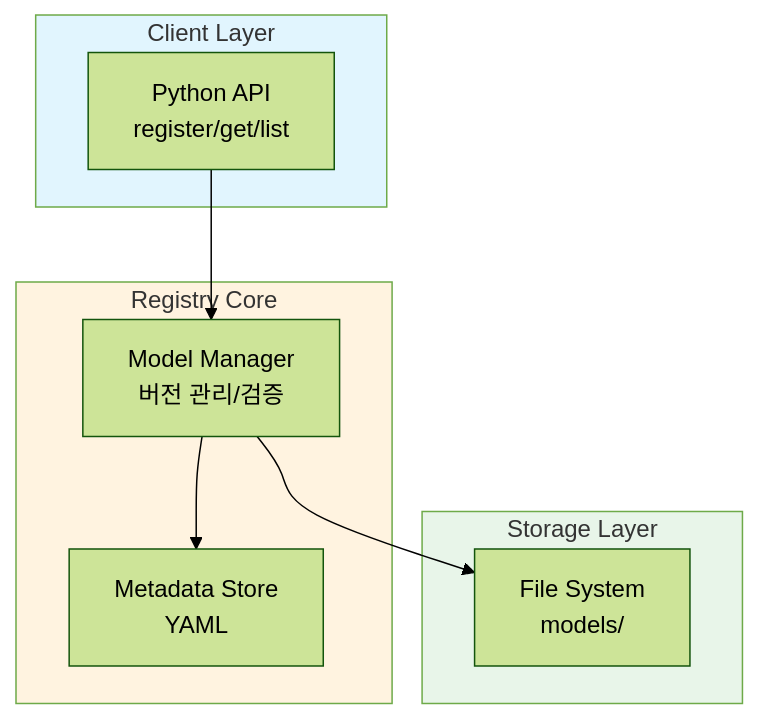
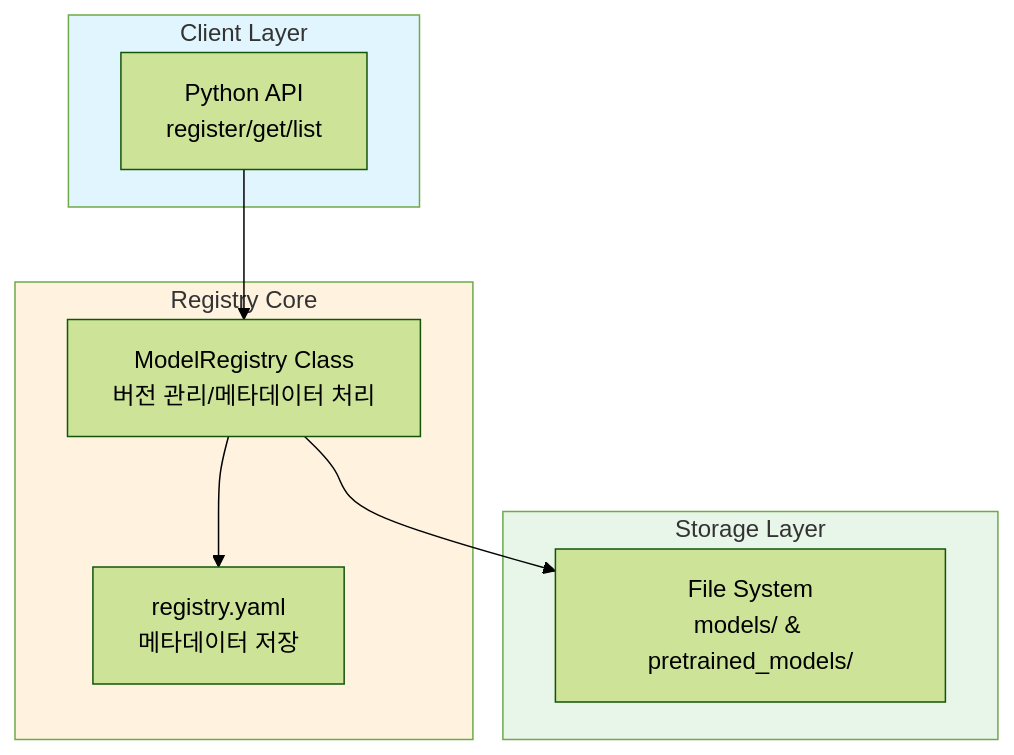
The first of 3 diagrams in SYSTEM_DESIGN.md (TiraaK/lightweight-model-registry), drawn with Mermaid (forest theme) before and after one commit. The commit also changed other lines of this file and 2 other files, not shown here.

````diff
--- a/SYSTEM_DESIGN.md
+++ b/SYSTEM_DESIGN.md
@@ -60,23 +31,23 @@
 ```mermaid
 flowchart TB
     subgraph Client["Client Layer"]
         API[Python API<br/>register/get/list]
     end
 
     subgraph Registry["Registry Core"]
-        RM[Model Manager<br/>버전 관리/검증]
-        META[Metadata Store<br/>YAML]
+        RM[ModelRegistry Class<br/>버전 관리/메타데이터 처리]
+        META[registry.yaml<br/>메타데이터 저장]
     end
 
     subgraph Storage["Storage Layer"]
-        FS[File System<br/>models/]
+        FS[File System<br/>models/ & pretrained_models/]
     end
 
     API --> RM
     RM --> META
     RM --> FS
 
     style Client fill:#e1f5fe
     style Registry fill:#fff3e0
     style Storage fill:#e8f5e9
 ```
````
